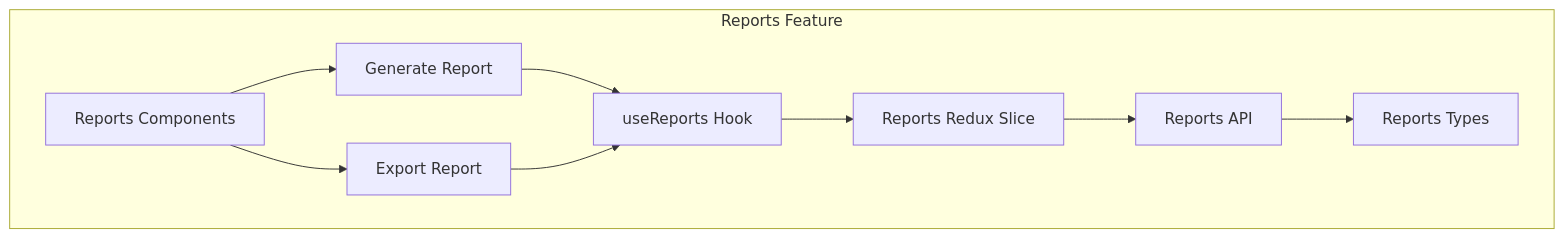
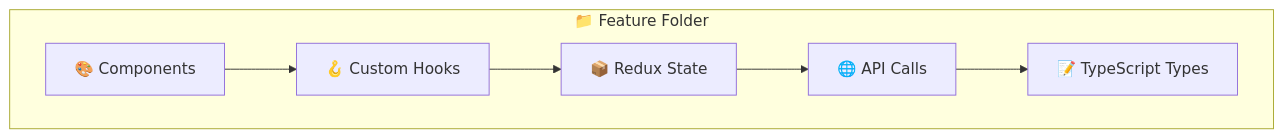
One commit to sep490-drivemate-system/webapp changed the fifth of 17 diagrams in README.md. Above: the diagram before and after it, drawn with Mermaid. The commit also changed other lines of this file and 1 other file, not shown here.

````diff
--- a/README.md
+++ b/README.md
@@ -263,20 +124,15 @@
 ```mermaid
 graph TB
-    subgraph "Reports Feature"
-        ReportsUI[Reports Components]
-        GenerateReport[Generate Report]
-        ExportReport[Export Report]
-        ReportsHook[useReports Hook]
-        ReportsSlice[Reports Redux Slice]
-        ReportsAPI[Reports API]
-        ReportsTypes[Reports Types]
+    subgraph "📁 Feature Folder"
+        Components[🎨 Components]
+        Hooks[🪝 Custom Hooks]
+        State[📦 Redux State]
+        API[🌐 API Calls]
+        Types[📝 TypeScript Types]
     end
     
-    ReportsUI --> GenerateReport
-    ReportsUI --> ExportReport
-    GenerateReport --> ReportsHook
-    ExportReport --> ReportsHook
-    ReportsHook --> ReportsSlice
-    ReportsSlice --> ReportsAPI
-    ReportsAPI --> ReportsTypes
+    Components --> Hooks
+    Hooks --> State
+    State --> API
+    API --> Types
 ```
````
